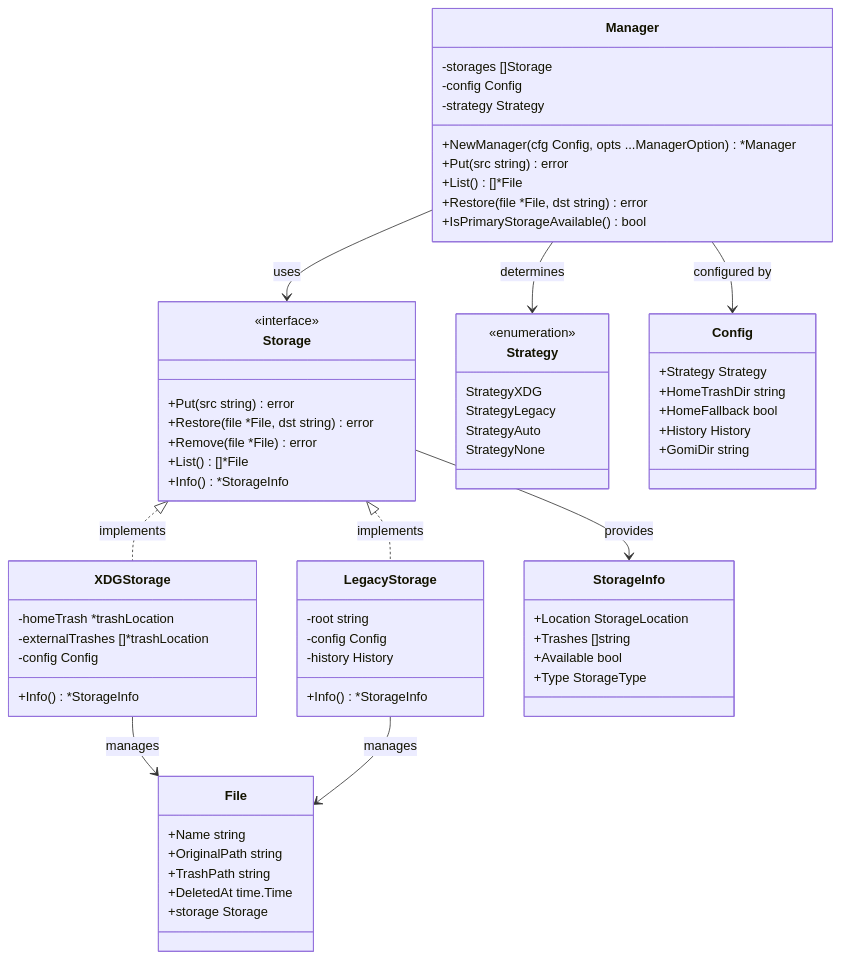
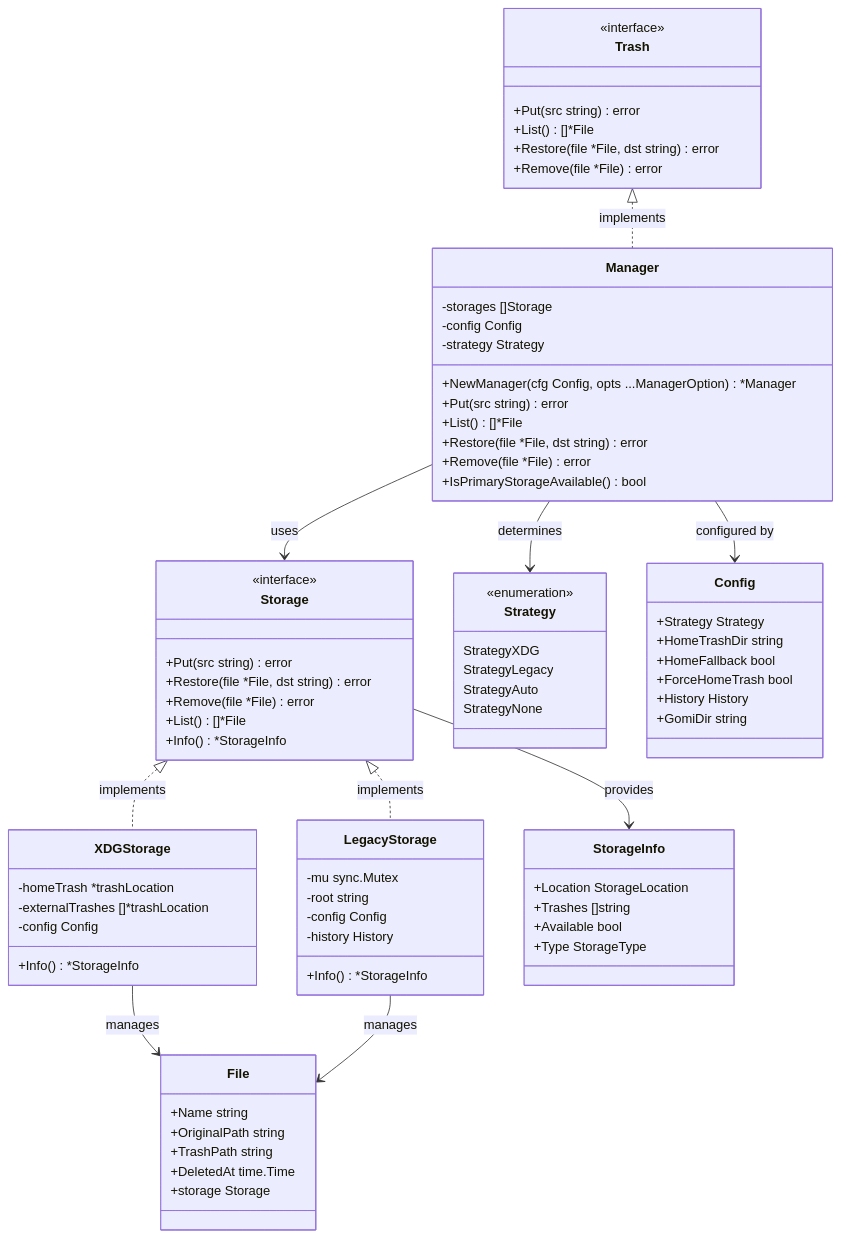
The second of 2 diagrams in docs/architecture.md (babarot/gomi), drawn with Mermaid before and after one commit. The commit also changed other lines of this file, not shown here.

Commit message:
docs: update architecture diagram for refactoring changes
- Add Trash interface to class diagram (Manager implements it)
- Add Remove method to Manager
- Add ForceHomeTrash to Config
- Add mu sync.Mutex to LegacyStorage
- Add Trash Interface section explaining the decoupling

````diff
--- a/docs/architecture.md
+++ b/docs/architecture.md
@@ -71,5 +71,13 @@
 ```mermaid
 classDiagram
+    class Trash {
+        <<interface>>
+        +Put(src string) error
+        +List() []*File
+        +Restore(file *File, dst string) error
+        +Remove(file *File) error
+    }
+
     class Manager {
         -storages []Storage
         -config Config
@@ -78,6 +86,7 @@
         +Put(src string) error
         +List() []*File
         +Restore(file *File, dst string) error
+        +Remove(file *File) error
         +IsPrimaryStorageAvailable() bool
     }
 
@@ -102,6 +111,7 @@
         +Strategy Strategy
         +HomeTrashDir string
         +HomeFallback bool
+        +ForceHomeTrash bool
         +History History
         +GomiDir string
     }
@@ -114,6 +124,7 @@
     }
 
     class LegacyStorage {
+        -mu sync.Mutex
         -root string
         -config Config
         -history History
@@ -135,6 +146,7 @@
         +Type StorageType
     }
 
+    Trash <|.. Manager : implements
     Manager --> Storage : uses
     Manager --> Strategy : determines
     Manager --> Config : configured by
````
